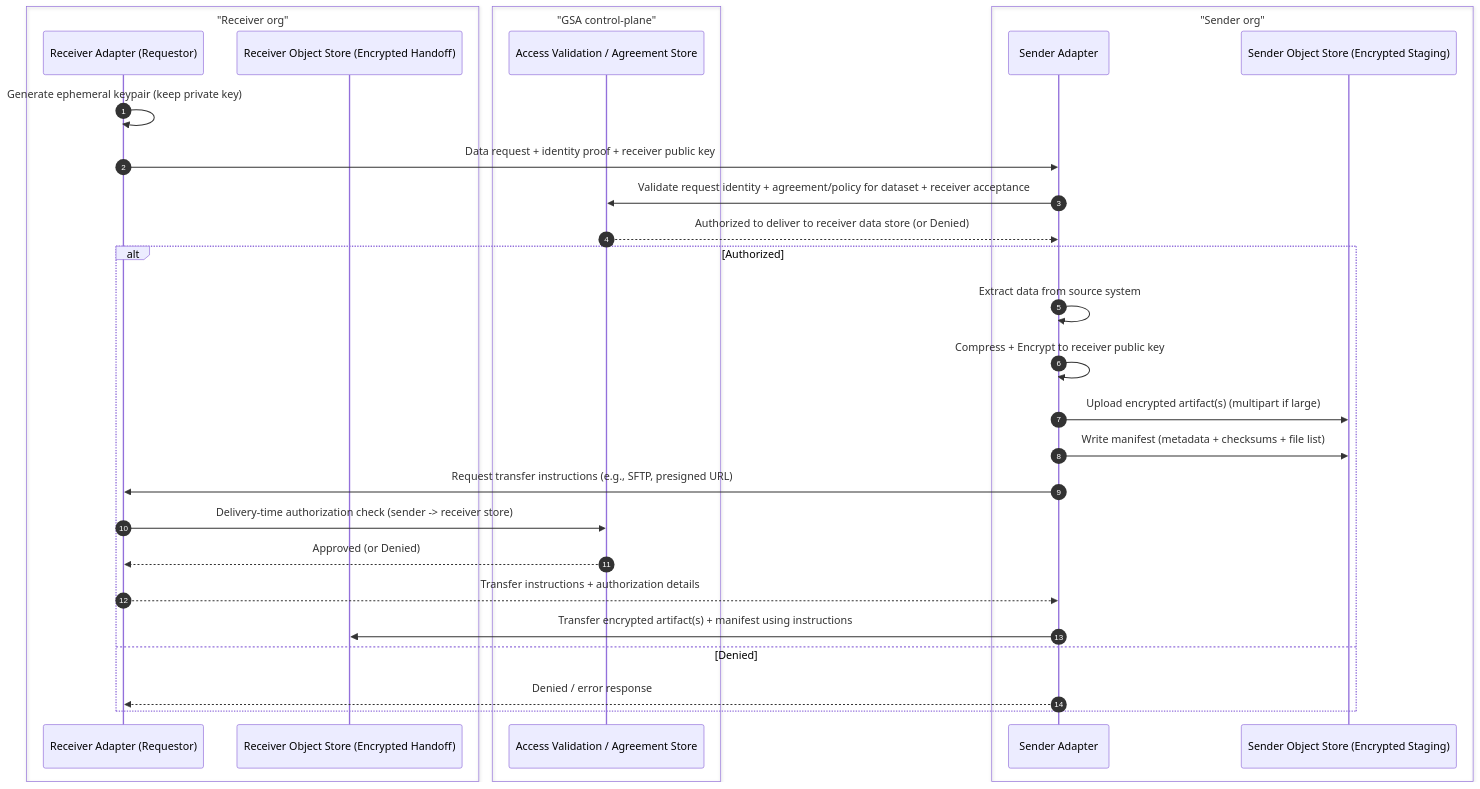
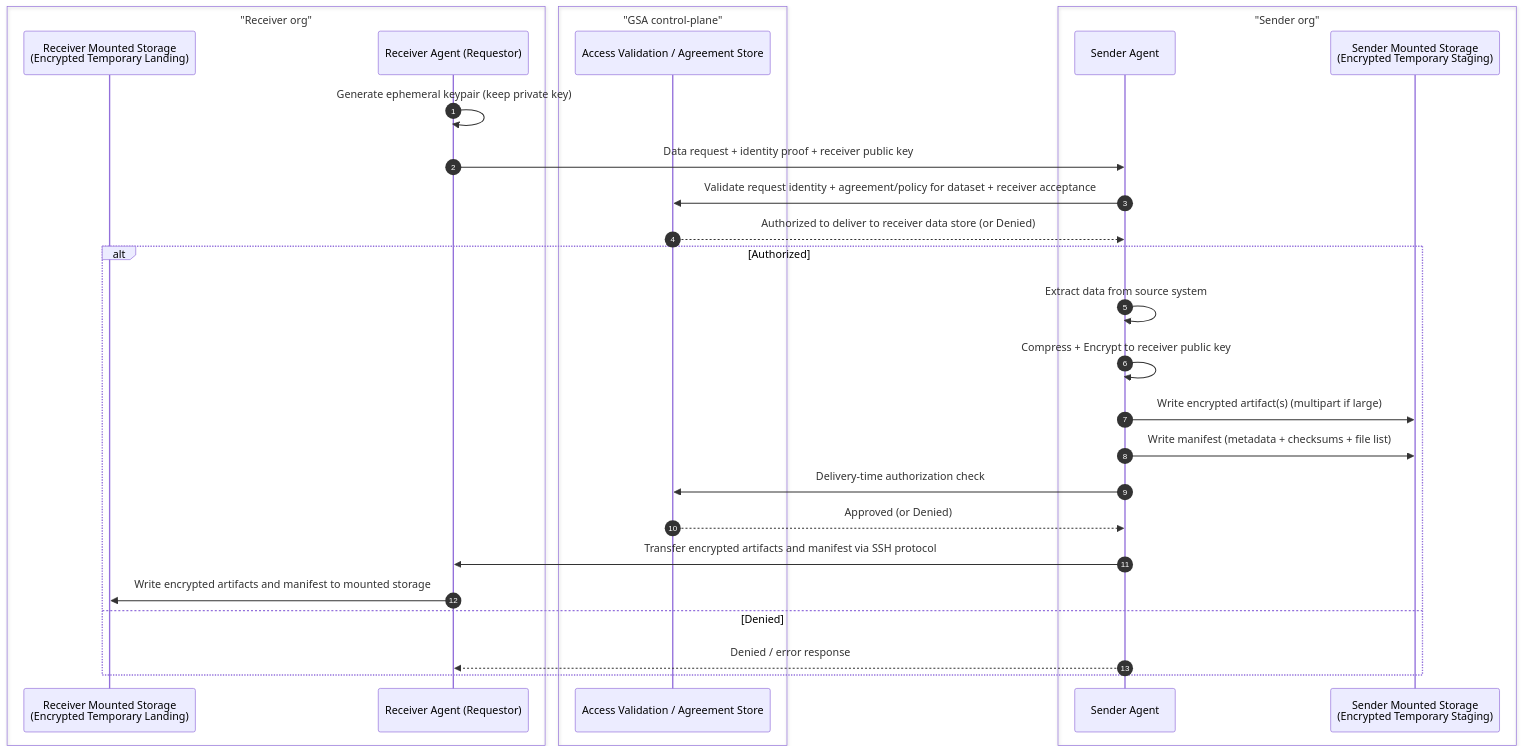
The first of 8 diagrams in docs/adr/0001-fde-architecture-diagrams.md (GSA-TTS/TTSE-Redwood), drawn with Mermaid before and after one commit. The commit also changed other lines of this file and 1 other file, not shown here.

First line of the commit message:
WIP: refine FDE agent transfer flow (static mounts, SSH agent-to-agent)

````diff
--- a/docs/adr/0001-fde-architecture-diagrams.md
+++ b/docs/adr/0001-fde-architecture-diagrams.md
@@ -7,34 +7,33 @@
 ```mermaid
 sequenceDiagram
   autonumber
   box "Receiver org"
-    participant R as Receiver Adapter (Requestor)
-    participant ROS as Receiver Object Store (Encrypted Handoff)
+    participant RMS as Receiver Mounted Storage<br/>(Encrypted Temporary Landing)
+    participant R as Receiver Agent (Requestor)
   end
   box "GSA control-plane"
     participant AV as Access Validation / Agreement Store
   end
   box "Sender org"
-    participant S as Sender Adapter
-    participant SOS as Sender Object Store (Encrypted Staging)
+    participant S as Sender Agent
+    participant SMS as Sender Mounted Storage<br/>(Encrypted Temporary Staging)
   end
 
   R->>R: Generate ephemeral keypair (keep private key)
   R->>S: Data request + identity proof + receiver public key
   S->>AV: Validate request identity + agreement/policy for dataset + receiver acceptance
   AV-->>S: Authorized to deliver to receiver data store (or Denied)
 
   alt Authorized
     S->>S: Extract data from source system
     S->>S: Compress + Encrypt to receiver public key
-    S->>SOS: Upload encrypted artifact(s) (multipart if large)
-    S->>SOS: Write manifest (metadata + checksums + file list)
-    S->>R: Request transfer instructions (e.g., SFTP, presigned URL)
-    R->>AV: Delivery-time authorization check (sender -> receiver store)
-    AV-->>R: Approved (or Denied)
-    R-->>S: Transfer instructions + authorization details
-    S->>ROS: Transfer encrypted artifact(s) + manifest using instructions
+    S->>SMS: Write encrypted artifact(s) (multipart if large)
+    S->>SMS: Write manifest (metadata + checksums + file list)
+    S->>AV: Delivery-time authorization check
+    AV-->>S: Approved (or Denied)
+    S->>R: Transfer encrypted artifacts and manifest via SSH protocol
+    R->>RMS: Write encrypted artifacts and manifest to mounted storage
   else Denied
     S-->>R: Denied / error response
   end
 ```
````
